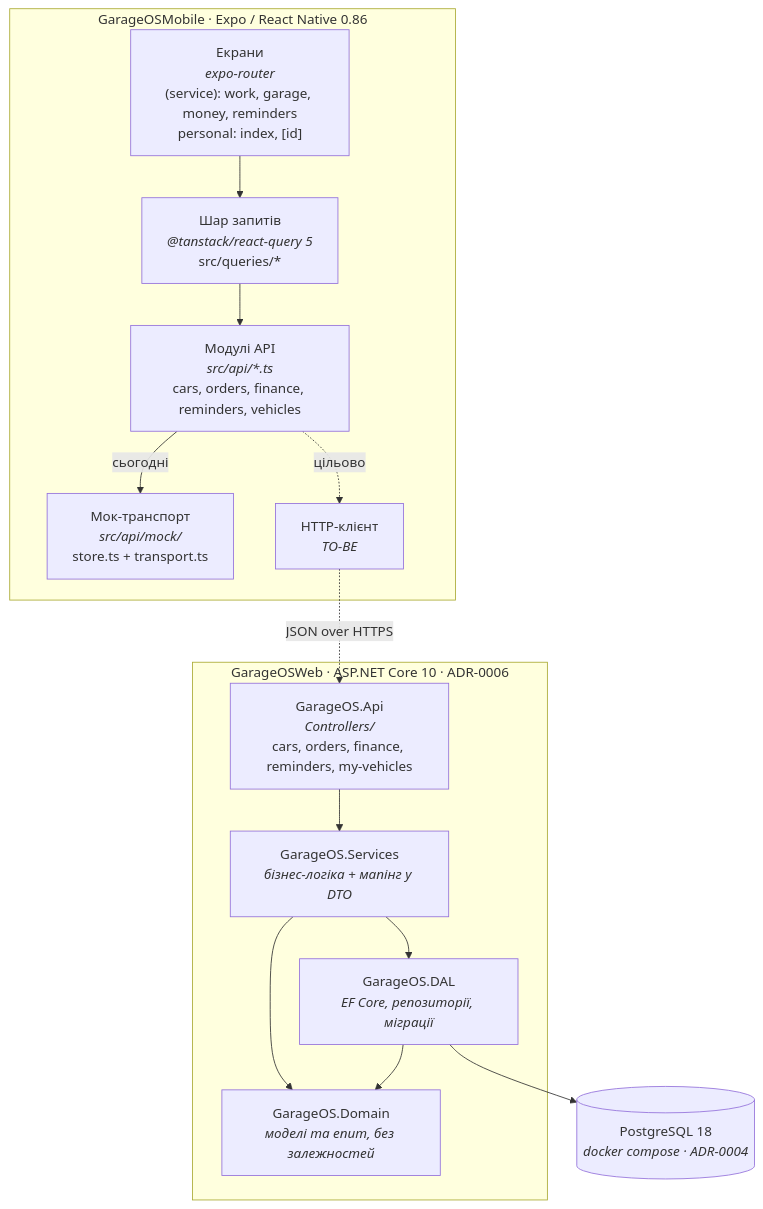
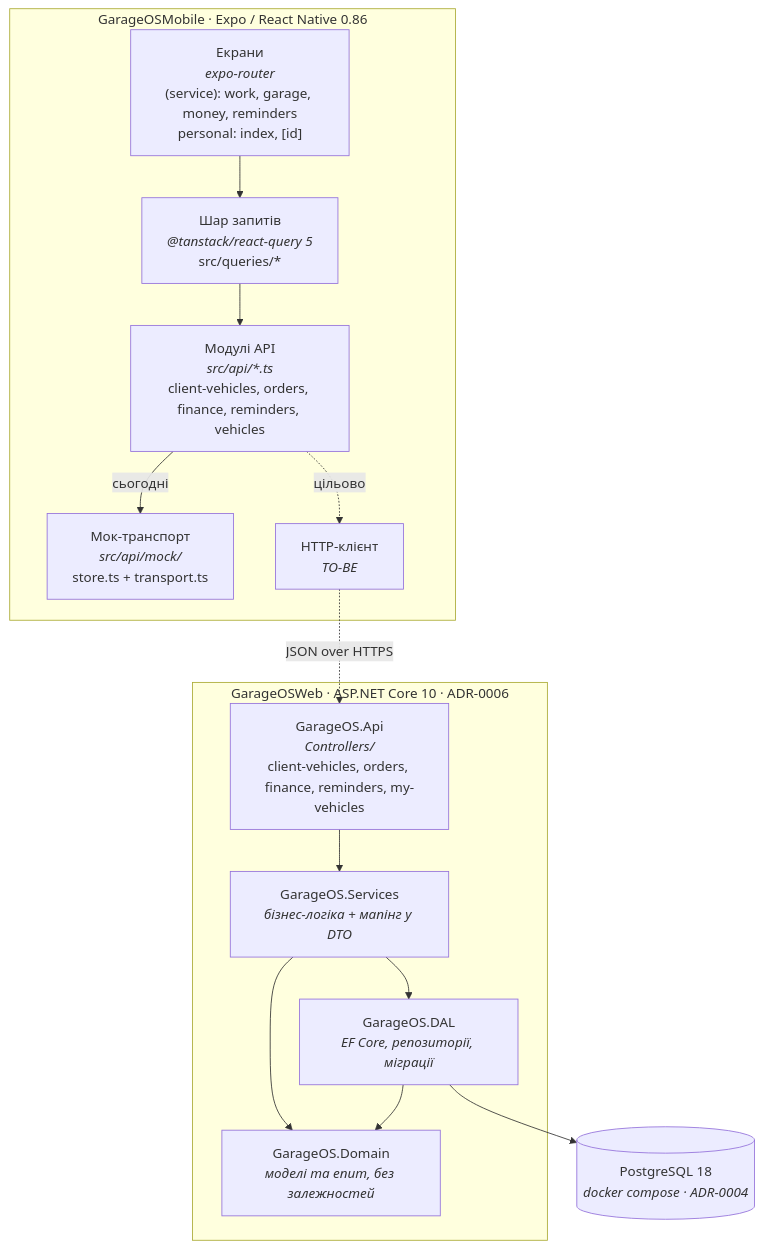
Before and after one commit to maksymkrat/GarageOS: the diagram in docs/atlas/01-containers.md, drawn with Mermaid. The commit also changed other lines of this file and 262 other files, not shown here.

````diff
--- a/docs/atlas/01-containers.md
+++ b/docs/atlas/01-containers.md
@@ -5,30 +5,30 @@
 ```mermaid
 flowchart TB
     subgraph client["GarageOSMobile · Expo / React Native 0.86"]
         screens["Екрани<br/><i>expo-router</i><br/>(service): work, garage, money, reminders<br/>personal: index, [id]"]
         queries["Шар запитів<br/><i>@tanstack/react-query 5</i><br/>src/queries/*"]
-        apimod["Модулі API<br/><i>src/api/*.ts</i><br/>cars, orders, finance, reminders, vehicles"]
+        apimod["Модулі API<br/><i>src/api/*.ts</i><br/>client-vehicles, orders, finance, reminders, vehicles"]
         mock["Мок-транспорт<br/><i>src/api/mock/</i><br/>store.ts + transport.ts"]
         http["HTTP-клієнт<br/><i>TO-BE</i>"]
     end
 
     subgraph server["GarageOSWeb · ASP.NET Core 10 · ADR-0006"]
-        ctrl["GarageOS.Api<br/><i>Controllers/</i><br/>cars, orders, finance, reminders, my-vehicles"]
+        ctrl["GarageOS.Api<br/><i>Controllers/</i><br/>client-vehicles, orders, finance, reminders, my-vehicles"]
         svc["GarageOS.Services<br/><i>бізнес-логіка + мапінг у DTO</i>"]
         dom["GarageOS.Domain<br/><i>моделі та enum, без залежностей</i>"]
         data["GarageOS.DAL<br/><i>EF Core, репозиторії, міграції</i>"]
     end
 
     db[("PostgreSQL 18<br/><i>docker compose · ADR-0004</i>")]
 
     screens --> queries
     queries --> apimod
     apimod -->|сьогодні| mock
     apimod -.->|цільово| http
     http -.->|JSON over HTTPS| ctrl
     ctrl --> svc
     svc --> data
     svc --> dom
     data --> dom
     data --> db
 ```
````
